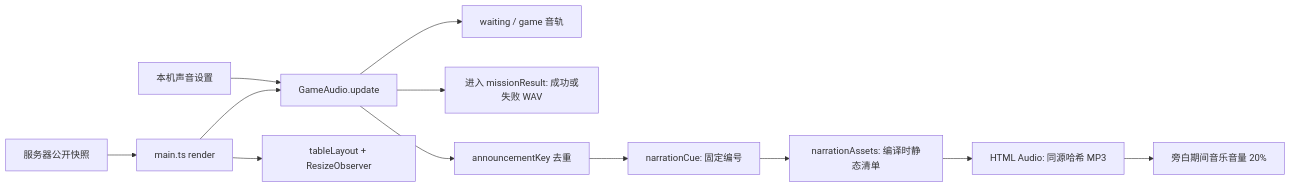
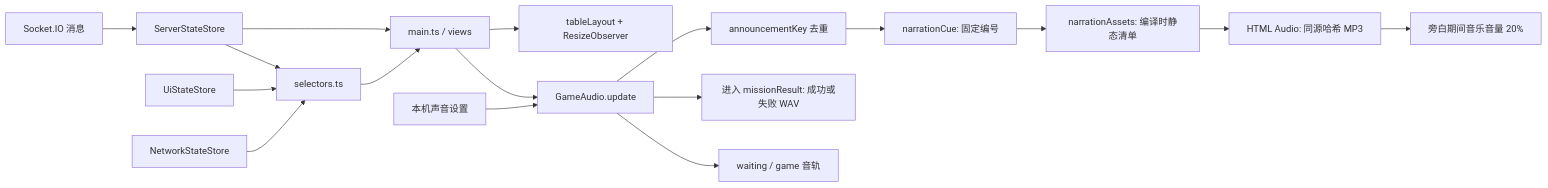
Before and after one commit to Cailishy/avalon: the seventh of 9 diagrams in docs/development/architecture.md, drawn with Mermaid. The commit also changed other lines of this file and 62 other files, not shown here.

````diff
--- a/docs/development/architecture.md
+++ b/docs/development/architecture.md
@@ -490,14 +531,19 @@
 ```mermaid
 flowchart LR
-  State["服务器公开快照"] --> Main["main.ts render"]
+  Network["Socket.IO 消息"] --> ServerState["ServerStateStore"]
+  ServerState --> Selectors["selectors.ts"]
+  UIState["UiStateStore"] --> Selectors
+  NetState["NetworkStateStore"] --> Selectors
+  Selectors --> Main["main.ts / views"]
+  ServerState --> Main
   Main --> Audio["GameAudio.update"]
   Audio --> Mode["waiting / game 音轨"]
   Audio --> Effects["进入 missionResult: 成功或失败 WAV"]
   Audio --> Dedup["announcementKey 去重"]
   Dedup --> Cue["narrationCue: 固定编号"]
   Cue --> Manifest["narrationAssets: 编译时静态清单"]
   Manifest --> Speech["HTML Audio: 同源哈希 MP3"]
   Speech --> Duck["旁白期间音乐音量 20%"]
   Settings["本机声音设置"] --> Audio
   Main --> Geometry["tableLayout + ResizeObserver"]
 ```
````
